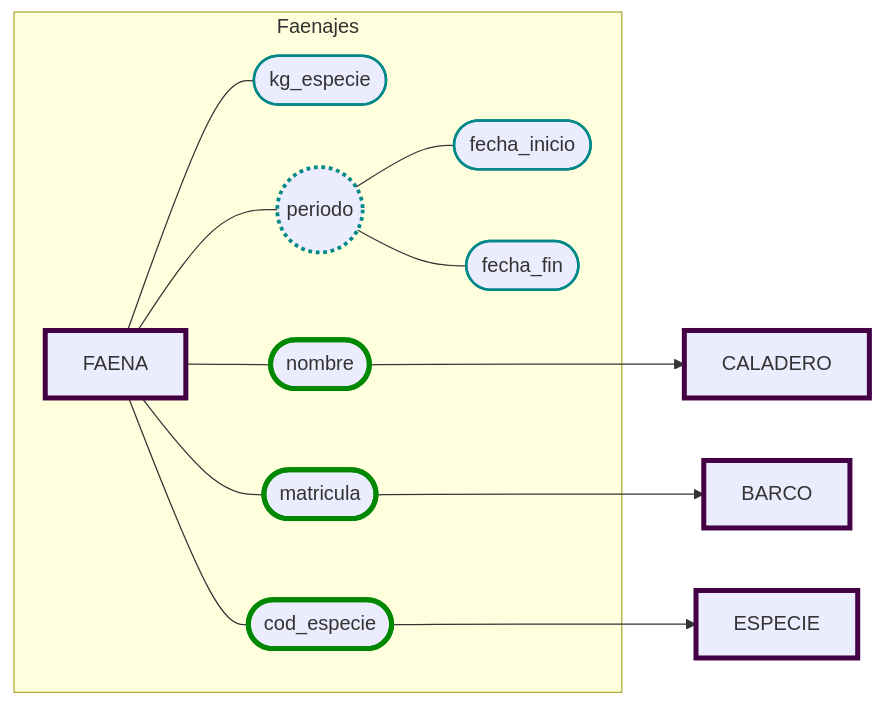
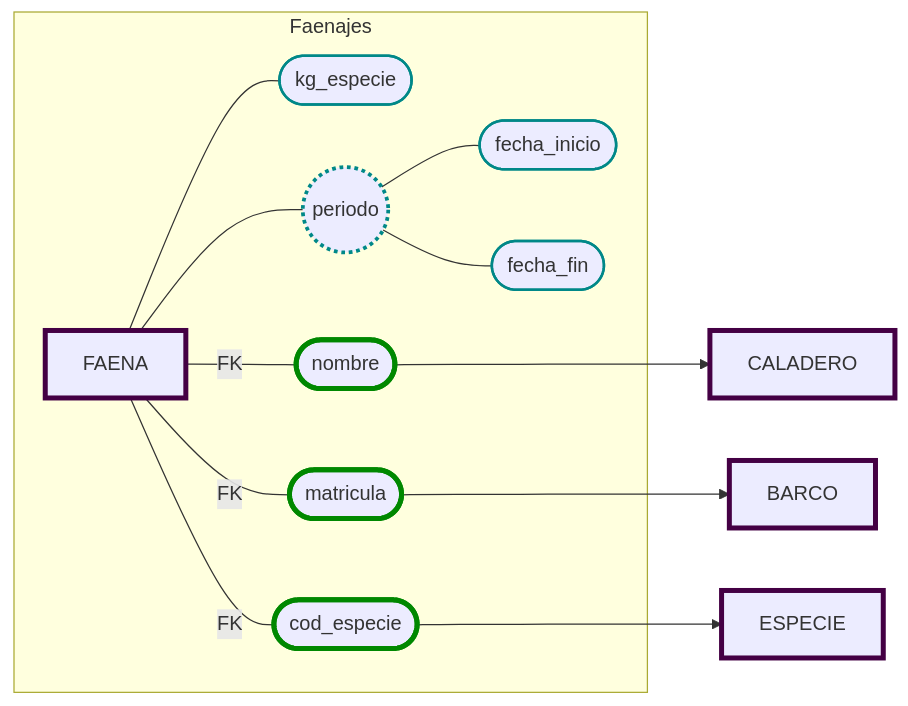
The fifth of 13 diagrams in DataBases/lonja_DB.md (JulTob/Data), drawn with Mermaid before and after one commit. The commit also changed other lines of this file, not shown here.

````diff
--- a/DataBases/lonja_DB.md
+++ b/DataBases/lonja_DB.md
@@ -165,30 +165,31 @@
 ```mermaid
 flowchart LR   
   classDef atributo stroke:#088,stroke-width:2px;
   classDef derivado stroke-width:3px, stroke-dasharray:3 3;
 
   classDef pk stroke:#800,stroke-width:4px;
   classDef fk stroke:#080,stroke-width:4px;
+  classDef pkfk stroke:#880,stroke-width:4px;
   classDef entidad stroke:#404,stroke-width:4px;
 
   %% Atributos FAENAJE
   subgraph Faenajes
     Faena[FAENA]:::entidad
     Faena --- kg_especie([kg_especie]):::atributo 
-    Faena --- nombre([nombre]):::fk 
-    Faena --- matricula([matricula]):::fk 
-    Faena --- cod_especie([cod_especie]):::fk
+    Faena ---|FK| nombre([nombre]):::fk 
+    Faena ---|FK| matricula([matricula]):::fk 
+    Faena ---|FK| cod_especie([cod_especie]):::fk
     Faena --- periodo((periodo)):::atributo
     periodo:::derivado
     periodo --- fecha_inicio([fecha_inicio]):::atributo 
     periodo --- fecha_fin([fecha_fin]):::atributo
 
     end
   nombre ---> Caladero
   matricula ---> Barco
   cod_especie ---> Especie
 
   Caladero[CALADERO]:::entidad
   Barco[BARCO]:::entidad
   Especie[ESPECIE]:::entidad
 ```
````
